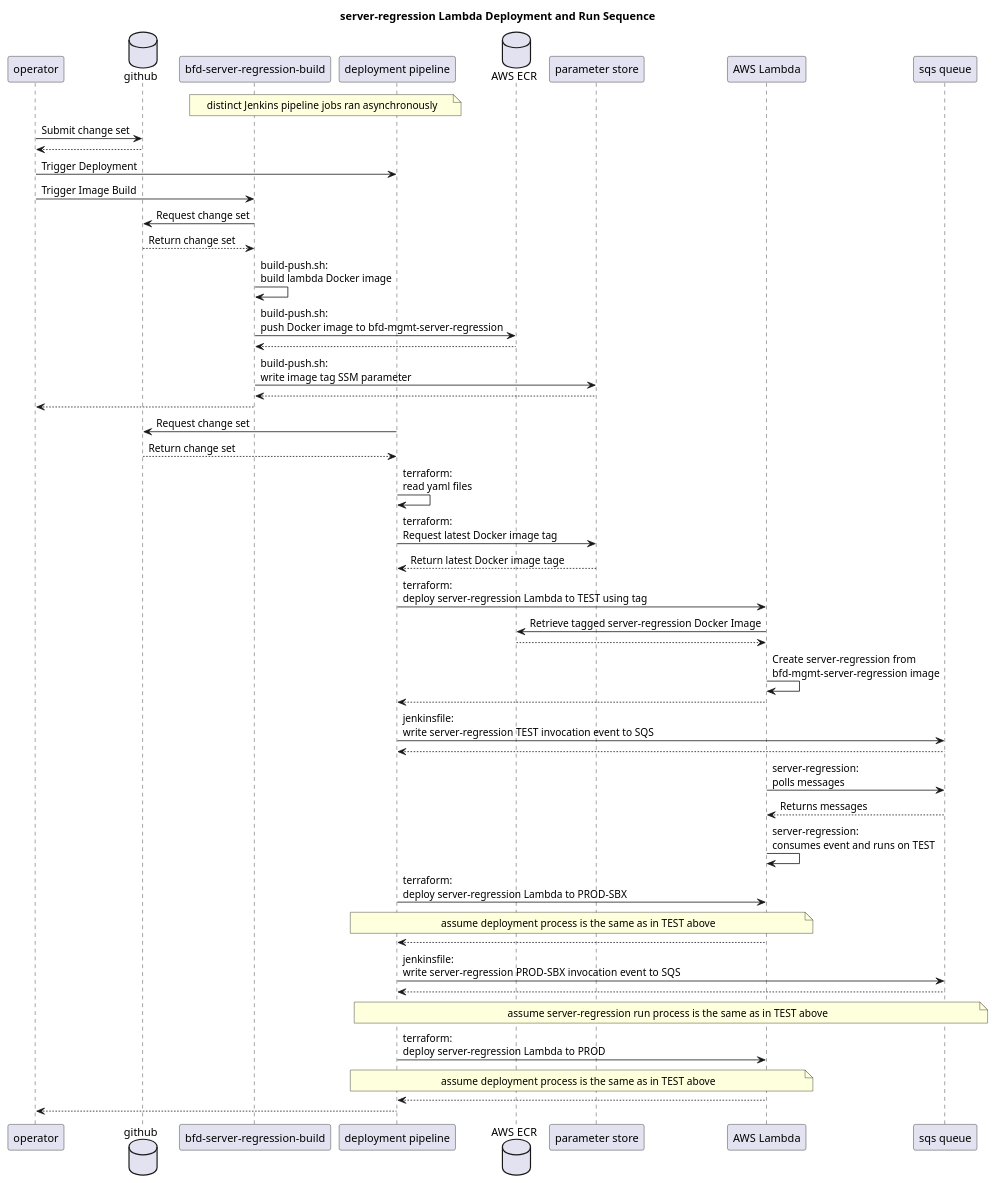
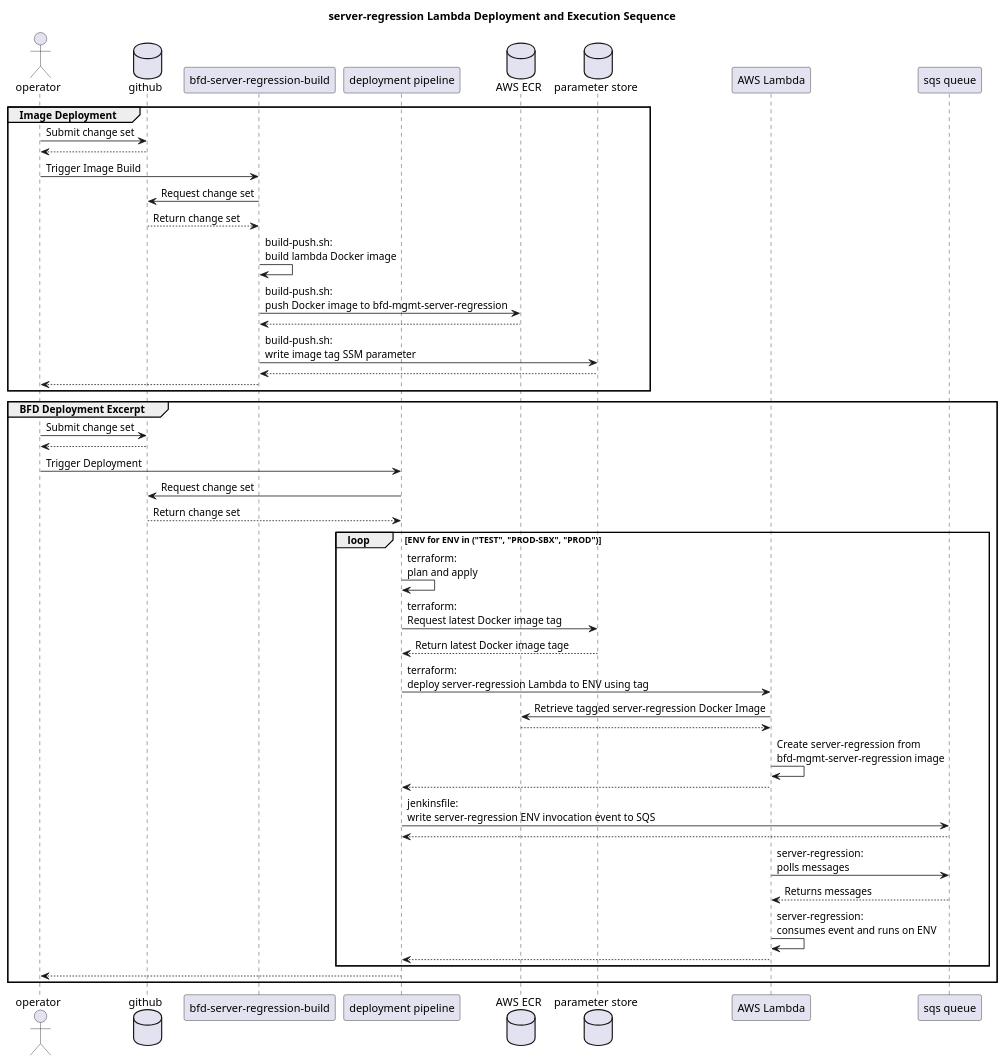
One commit to CMSgov/beneficiary-fhir-data changed the diagram in ops/terraform/services/server/server-regression/docs/server-regression.plantuml. Above: the diagram before and after it, drawn with PlantUML. The commit also changed 1 other file, not shown here.

Commit message:
Group, loop deployment sequences

```diff
--- a/ops/terraform/services/server/server-regression/docs/server-regression.plantuml
+++ b/ops/terraform/services/server/server-regression/docs/server-regression.plantuml
@@ -1,49 +1,48 @@
 @startuml server-regression
-title server-regression Lambda Deployment and Run Sequence
-participant operator
+title server-regression Lambda Deployment and Execution Sequence
+actor operator
 database "github"
 participant "bfd-server-regression-build"
 participant "deployment pipeline"
 database "AWS ECR"
-participant "parameter store"
+database "parameter store"
 participant "AWS Lambda"
 participant "sqs queue"
-note over "bfd-server-regression-build","deployment pipeline": distinct Jenkins pipeline jobs ran asynchronously
-operator -> github: Submit change set
-github --> operator
-operator -> "deployment pipeline": Trigger Deployment
-operator -> "bfd-server-regression-build": Trigger Image Build
-"bfd-server-regression-build" -> github: Request change set
-github --> "bfd-server-regression-build": Return change set
-"bfd-server-regression-build" -> "bfd-server-regression-build": build-push.sh:\nbuild lambda Docker image
-"bfd-server-regression-build" -> "AWS ECR": build-push.sh:\npush Docker image to bfd-mgmt-server-regression
-"AWS ECR" --> "bfd-server-regression-build"
-"bfd-server-regression-build" -> "parameter store": build-push.sh:\nwrite image tag SSM parameter
-"parameter store" --> "bfd-server-regression-build" 
-"bfd-server-regression-build" --> operator
-"deployment pipeline" -> github: Request change set
-github --> "deployment pipeline": Return change set
-"deployment pipeline" -> "deployment pipeline": terraform:\nread yaml files
-"deployment pipeline" -> "parameter store": terraform:\nRequest latest Docker image tag
-"parameter store" --> "deployment pipeline": Return latest Docker image tage
-"deployment pipeline" -> "AWS Lambda": terraform:\ndeploy server-regression Lambda to TEST using tag
-"AWS Lambda" -> "AWS ECR": Retrieve tagged server-regression Docker Image
-"AWS ECR" --> "AWS Lambda"
-"AWS Lambda" -> "AWS Lambda": Create server-regression from\nbfd-mgmt-server-regression image
-"AWS Lambda" --> "deployment pipeline"
-"deployment pipeline" -> "sqs queue": jenkinsfile:\nwrite server-regression TEST invocation event to SQS
-"sqs queue" --> "deployment pipeline"
-"AWS Lambda" -> "sqs queue":server-regression:\npolls messages
-"sqs queue" --> "AWS Lambda":Returns messages
-"AWS Lambda" -> "AWS Lambda":server-regression:\nconsumes event and runs on TEST
-"deployment pipeline" -> "AWS Lambda": terraform:\ndeploy server-regression Lambda to PROD-SBX
-note over "deployment pipeline", "AWS Lambda": assume deployment process is the same as in TEST above
-"AWS Lambda" --> "deployment pipeline"
-"deployment pipeline" -> "sqs queue": jenkinsfile:\nwrite server-regression PROD-SBX invocation event to SQS
-"sqs queue" --> "deployment pipeline"
-note over "deployment pipeline", "sqs queue": assume server-regression run process is the same as in TEST above
-"deployment pipeline" -> "AWS Lambda": terraform:\ndeploy server-regression Lambda to PROD
-note over "deployment pipeline", "AWS Lambda": assume deployment process is the same as in TEST above
-"AWS Lambda" --> "deployment pipeline"
-"deployment pipeline" --> operator
+group Image Deployment
+    operator -> github: Submit change set
+    github --> operator
+    operator -> "bfd-server-regression-build": Trigger Image Build
+    "bfd-server-regression-build" -> github: Request change set
+    github --> "bfd-server-regression-build": Return change set
+    "bfd-server-regression-build" -> "bfd-server-regression-build": build-push.sh:\nbuild lambda Docker image
+    "bfd-server-regression-build" -> "AWS ECR": build-push.sh:\npush Docker image to bfd-mgmt-server-regression
+    "AWS ECR" --> "bfd-server-regression-build"
+    "bfd-server-regression-build" -> "parameter store": build-push.sh:\nwrite image tag SSM parameter
+    "parameter store" --> "bfd-server-regression-build"
+    "bfd-server-regression-build" --> operator
+end
+group BFD Deployment Excerpt
+    operator -> github: Submit change set
+    github --> operator
+    operator -> "deployment pipeline": Trigger Deployment
+    "deployment pipeline" -> github: Request change set
+    github --> "deployment pipeline": Return change set
+        loop ENV for ENV in ("TEST", "PROD-SBX", "PROD")
+            "deployment pipeline" -> "deployment pipeline": terraform:\nplan and apply
+            "deployment pipeline" -> "parameter store": terraform:\nRequest latest Docker image tag
+            "parameter store" --> "deployment pipeline": Return latest Docker image tage
+            "deployment pipeline" -> "AWS Lambda": terraform:\ndeploy server-regression Lambda to ENV using tag
+            "AWS Lambda" -> "AWS ECR": Retrieve tagged server-regression Docker Image
+            "AWS ECR" --> "AWS Lambda"
+            "AWS Lambda" -> "AWS Lambda": Create server-regression from\nbfd-mgmt-server-regression image
+            "AWS Lambda" --> "deployment pipeline"
+            "deployment pipeline" -> "sqs queue": jenkinsfile:\nwrite server-regression ENV invocation event to SQS
+            "sqs queue" --> "deployment pipeline"
+            "AWS Lambda" -> "sqs queue":server-regression:\npolls messages
+            "sqs queue" --> "AWS Lambda":Returns messages
+            "AWS Lambda" -> "AWS Lambda":server-regression:\nconsumes event and runs on ENV
+            "AWS Lambda" --> "deployment pipeline"
+        end
+    "deployment pipeline" --> operator
+end
 @enduml
```
